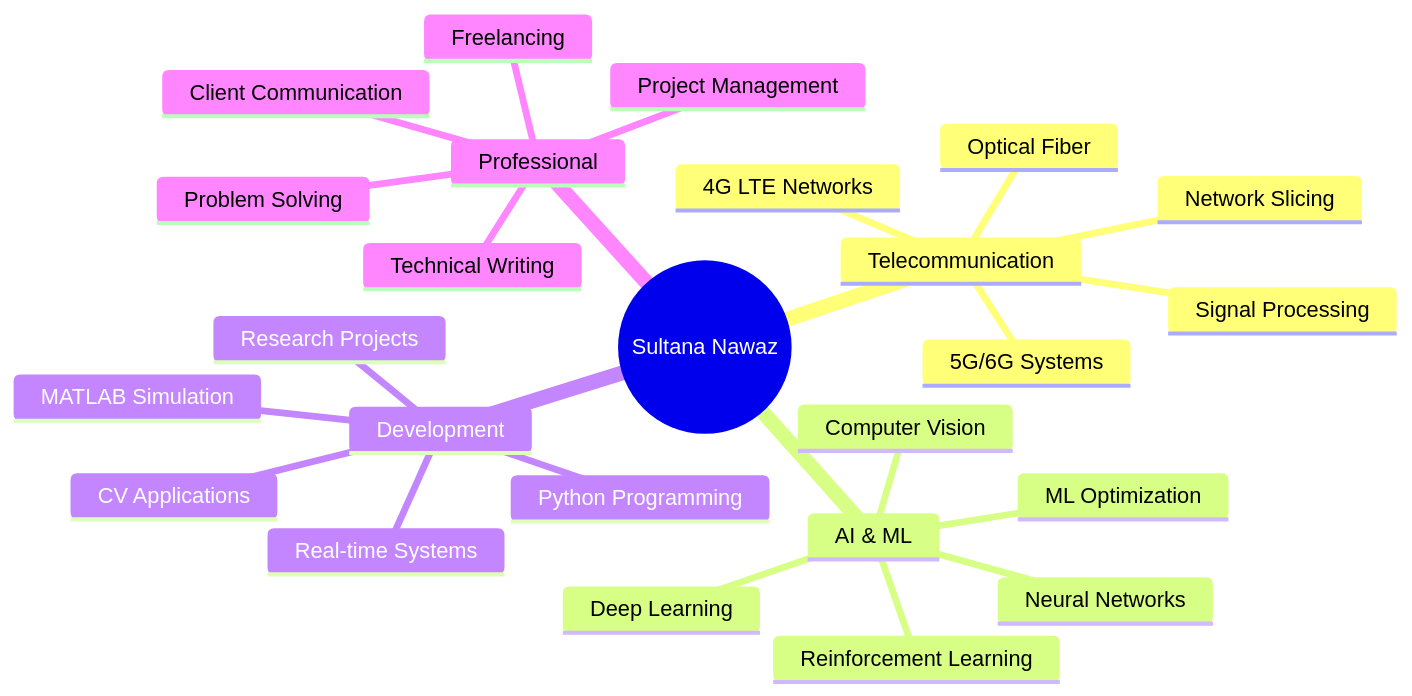
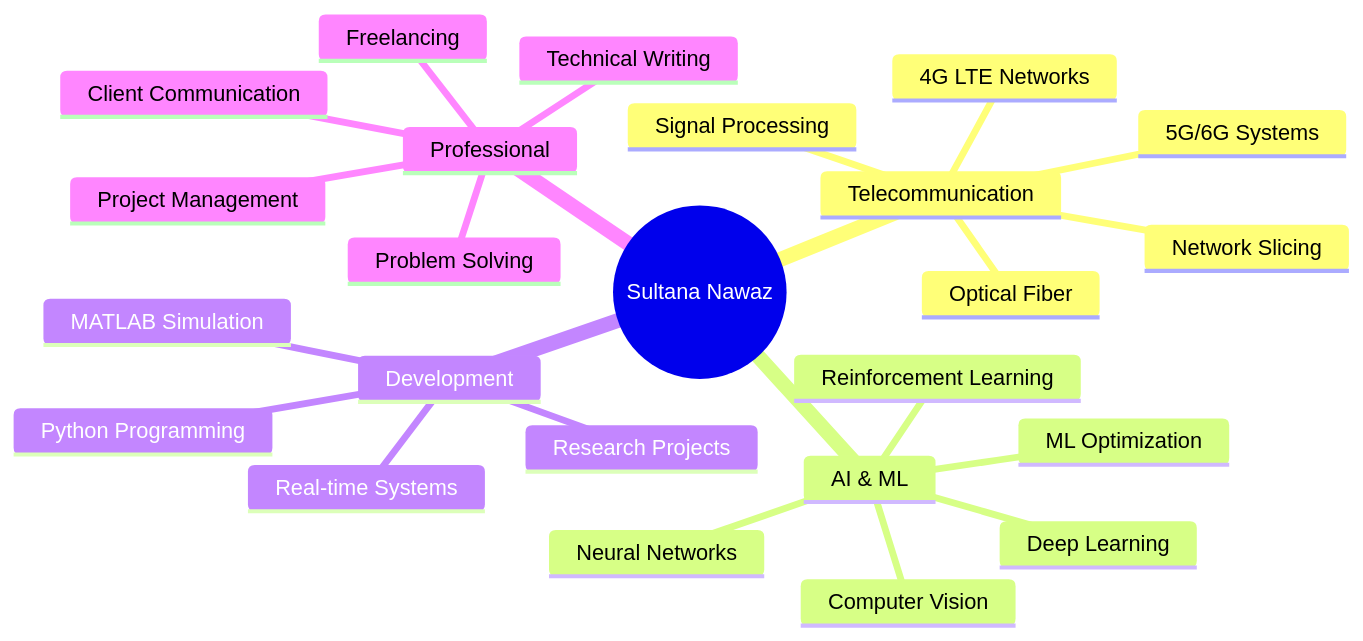
The diagram in README.md (SultanaNawaz1460/SultanaNawaz1460), drawn with Mermaid before and after one commit. The commit also changed other lines of this file, not shown here.

````diff
--- a/README.md
+++ b/README.md
@@ -109,28 +108,27 @@
 ```mermaid
 mindmap
   root((Sultana Nawaz))
     Telecommunication
       4G LTE Networks
       5G/6G Systems
       Network Slicing
       Optical Fiber
       Signal Processing
     AI & ML
       Deep Learning
       Computer Vision
       Reinforcement Learning
       ML Optimization
       Neural Networks
     Development
       Python Programming
       MATLAB Simulation
       Real-time Systems
-      CV Applications
       Research Projects
     Professional
       Freelancing
       Technical Writing
       Project Management
       Problem Solving
       Client Communication
 ```
````
